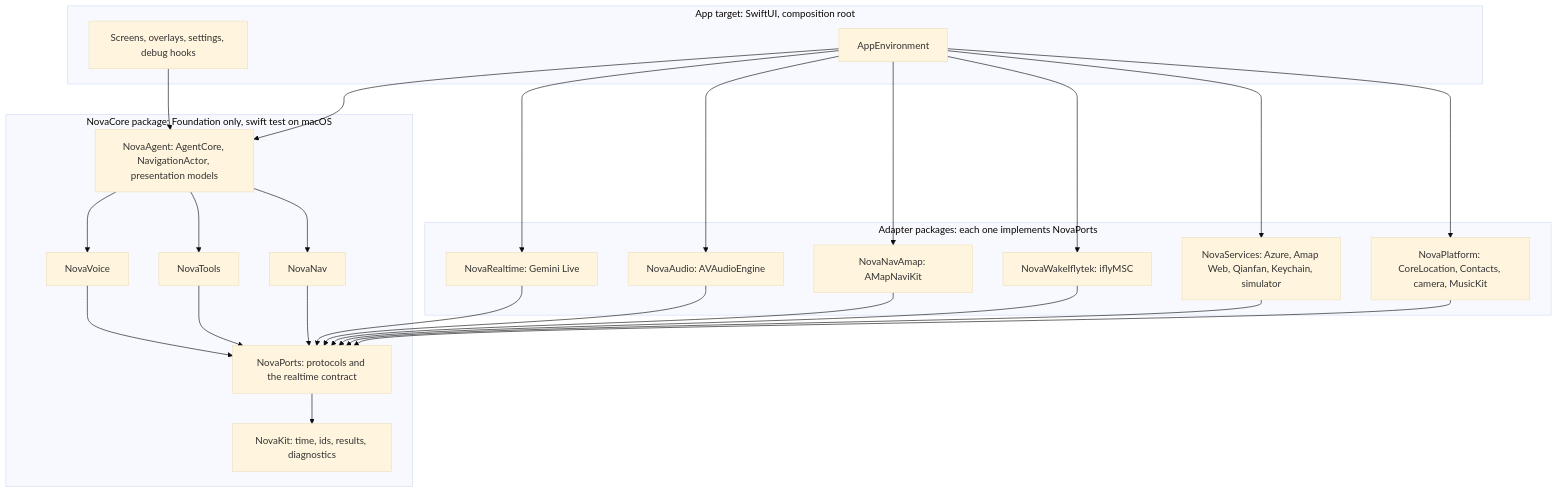
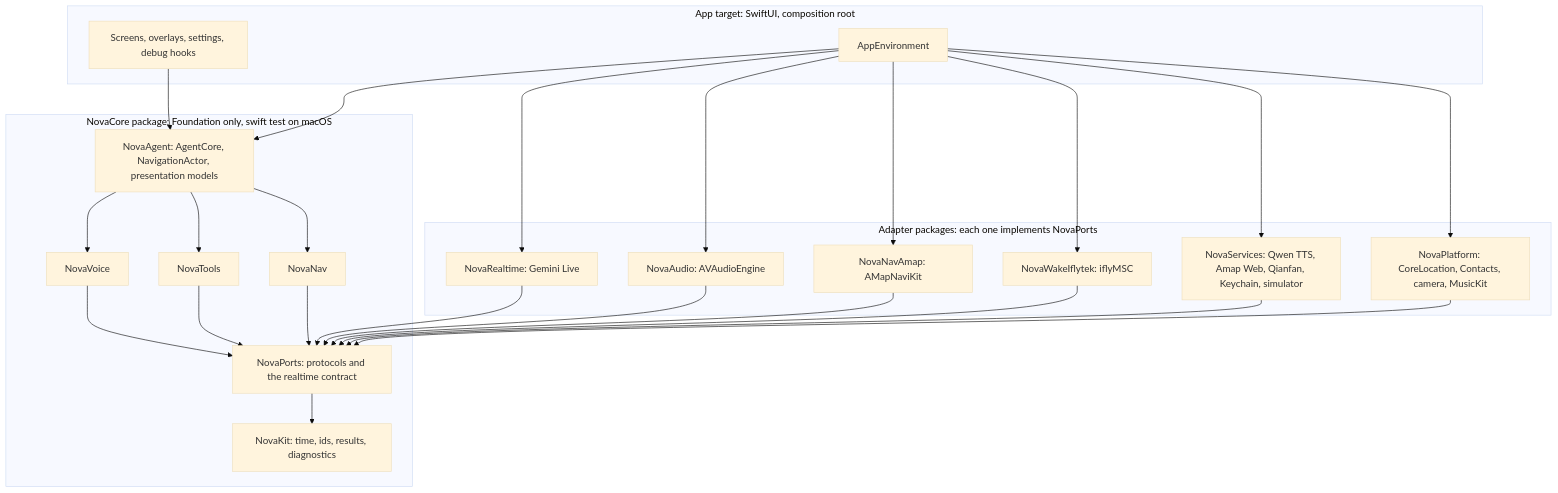
The first of 5 diagrams in specs/ios-architecture.md (asapacsin/iOS_Automotive_Voice_Agent), drawn with Mermaid (base theme) before and after one commit. The commit also changed other lines of this file and 40 other files, not shown here.

````diff
--- a/specs/ios-architecture.md
+++ b/specs/ios-architecture.md
@@ -35,44 +35,44 @@
 ```mermaid
 graph TD
   subgraph App["App target: SwiftUI, composition root"]
     UI[Screens, overlays, settings, debug hooks]
     Env[AppEnvironment]
   end
   subgraph Core["NovaCore package: Foundation only, swift test on macOS"]
     Agent[NovaAgent: AgentCore, NavigationActor, presentation models]
     Voice[NovaVoice]
     Tools[NovaTools]
     Nav[NovaNav]
     Ports[NovaPorts: protocols and the realtime contract]
     Kit[NovaKit: time, ids, results, diagnostics]
   end
   subgraph Adapters["Adapter packages: each one implements NovaPorts"]
     RT[NovaRealtime: Gemini Live]
     AU[NovaAudio: AVAudioEngine]
     AM[NovaNavAmap: AMapNaviKit]
     WK[NovaWakeIflytek: iflyMSC]
-    SV[NovaServices: Azure, Amap Web, Qianfan, Keychain, simulator]
+    SV[NovaServices: Qwen TTS, Amap Web, Qianfan, Keychain, simulator]
     PF[NovaPlatform: CoreLocation, Contacts, camera, MusicKit]
   end
   UI --> Agent
   Env --> Agent
   Env --> RT
   Env --> AU
   Env --> AM
   Env --> WK
   Env --> SV
   Env --> PF
   Agent --> Voice
   Agent --> Tools
   Agent --> Nav
   Voice --> Ports
   Tools --> Ports
   Nav --> Ports
   Ports --> Kit
   RT --> Ports
   AU --> Ports
   AM --> Ports
   WK --> Ports
   SV --> Ports
   PF --> Ports
 ```
````
